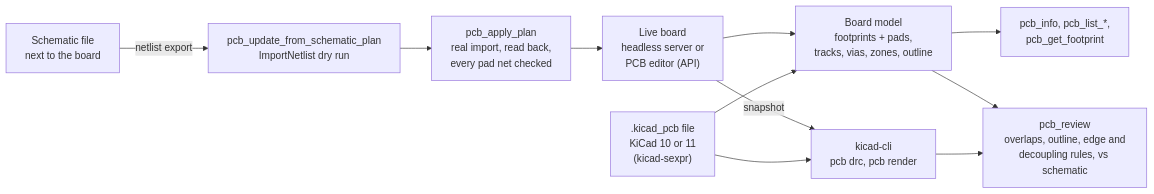
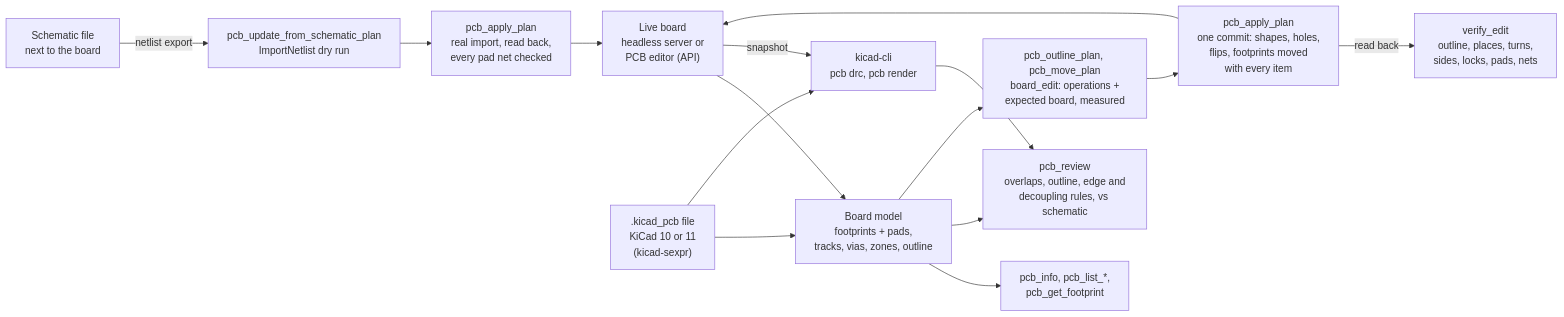
Diagram 11 of 12 in docs/architecture.md (bkrajendra/thingsvu-tools), drawn with Mermaid before and after one commit. The commit also changed other lines of this file and 15 other files, not shown here.

First line of the commit message:
Phase 12.0-12.2: board editing probe, outline and move plans

````diff
--- a/docs/architecture.md
+++ b/docs/architecture.md
@@ -250,13 +252,17 @@
 ```mermaid
 flowchart LR
     LIVE["Live board<br/>headless server or<br/>PCB editor (API)"] --> MODEL["Board model<br/>footprints + pads,<br/>tracks, vias, zones, outline"]
     FILE[".kicad_pcb file<br/>KiCad 10 or 11<br/>(kicad-sexpr)"] --> MODEL
     MODEL --> READ["pcb_info, pcb_list_*,<br/>pcb_get_footprint"]
     MODEL --> REVIEW["pcb_review<br/>overlaps, outline, edge and<br/>decoupling rules, vs schematic"]
     LIVE -->|"snapshot"| CLI["kicad-cli<br/>pcb drc, pcb render"]
     FILE --> CLI
     CLI --> REVIEW
     SCH["Schematic file<br/>next to the board"] -->|"netlist export"| PLAN["pcb_update_from_schematic_plan<br/>ImportNetlist dry run"]
     PLAN --> APPLY["pcb_apply_plan<br/>real import, read back,<br/>every pad net checked"]
     APPLY --> LIVE
+    MODEL --> EDIT["pcb_outline_plan, pcb_move_plan<br/>board_edit: operations +<br/>expected board, measured"]
+    EDIT --> APPLYE["pcb_apply_plan<br/>one commit: shapes, holes,<br/>flips, footprints moved<br/>with every item"]
+    APPLYE --> LIVE
+    APPLYE -->|"read back"| VERIFY["verify_edit<br/>outline, places, turns,<br/>sides, locks, pads, nets"]
 ```
````
